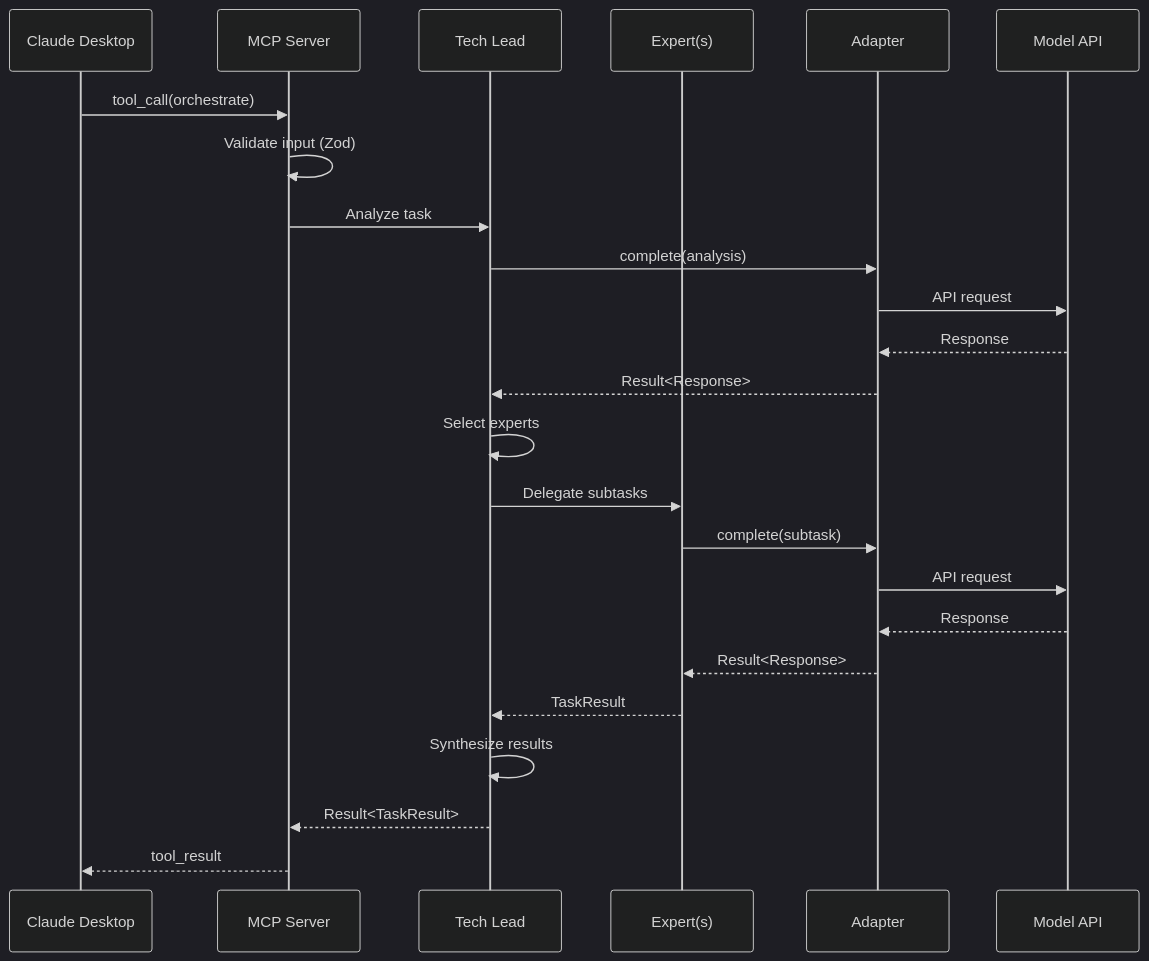
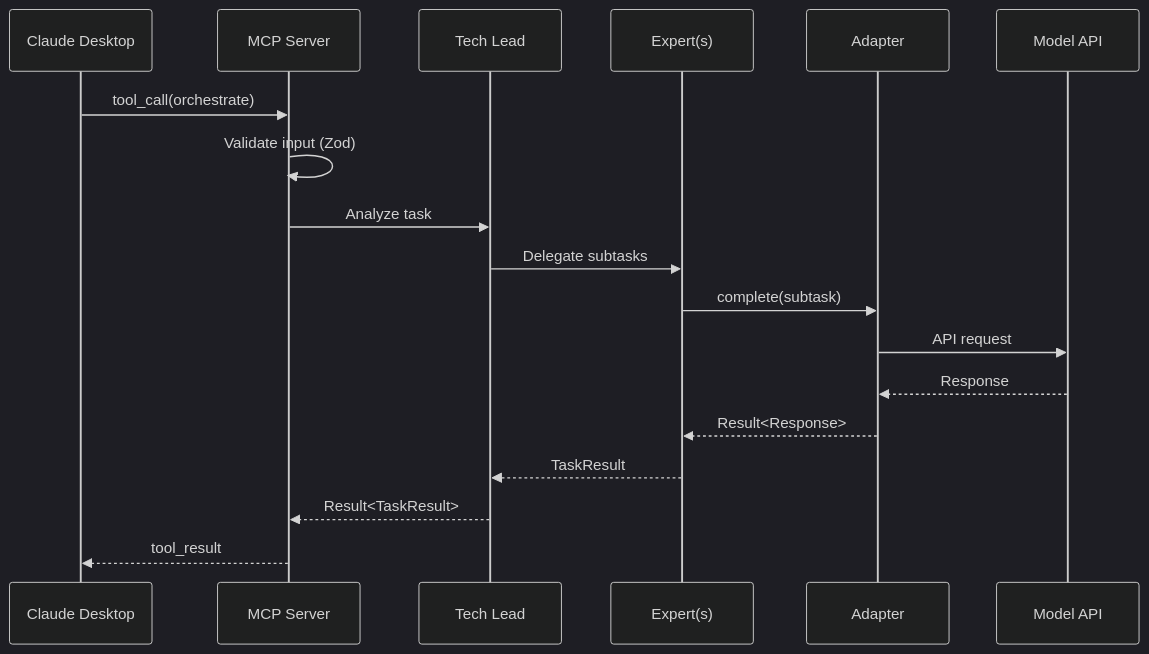
Before and after one commit to nexus-substrate/nexus-agents: the diagram in ARCHITECTURE.md, drawn with Mermaid (dark theme). The commit also changed other lines of this file and 6 other files, not shown here.

````diff
--- a/ARCHITECTURE.md
+++ b/ARCHITECTURE.md
@@ -483,27 +160,21 @@
 ```mermaid
 sequenceDiagram
     participant CD as Claude Desktop
     participant MCP as MCP Server
     participant TL as Tech Lead
     participant EX as Expert(s)
     participant AD as Adapter
     participant API as Model API
 
     CD->>MCP: tool_call(orchestrate)
     MCP->>MCP: Validate input (Zod)
     MCP->>TL: Analyze task
-    TL->>AD: complete(analysis)
-    AD->>API: API request
-    API-->>AD: Response
-    AD-->>TL: Result<Response>
-    TL->>TL: Select experts
     TL->>EX: Delegate subtasks
     EX->>AD: complete(subtask)
     AD->>API: API request
     API-->>AD: Response
     AD-->>EX: Result<Response>
     EX-->>TL: TaskResult
-    TL->>TL: Synthesize results
     TL-->>MCP: Result<TaskResult>
     MCP-->>CD: tool_result
 ```
````
